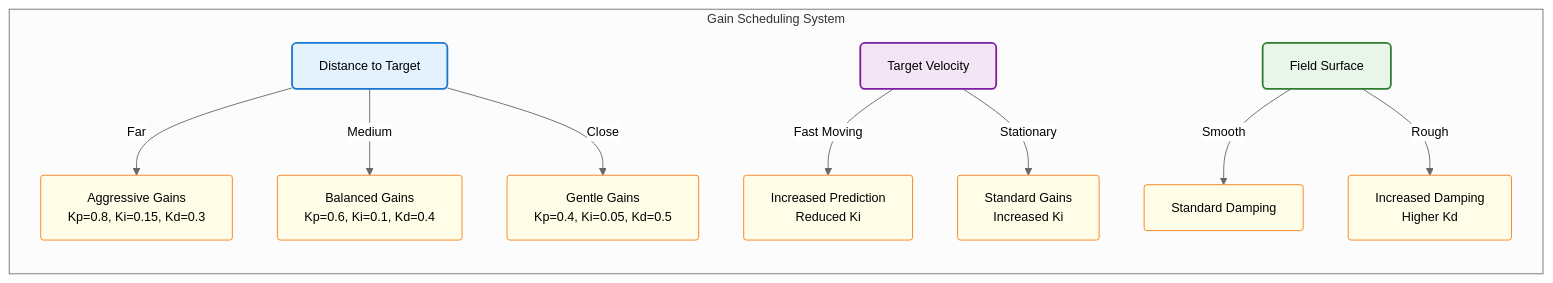
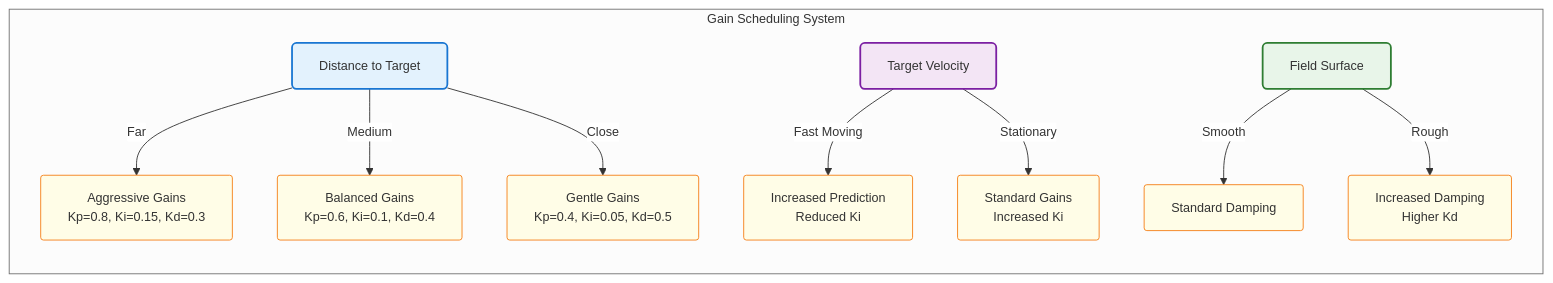
One commit to acoderu/BallChase changed the first of 19 diagrams in ros2_ball_chase_ws/docs/PidController.md. Above: the diagram before and after it, drawn with Mermaid. The commit also changed other lines of this file and 3 other files, not shown here.

````diff
--- a/ros2_ball_chase_ws/docs/PidController.md
+++ b/ros2_ball_chase_ws/docs/PidController.md
@@ -268,26 +268,26 @@
 ```mermaid
-%%{init: {"theme": "neutral", "themeVariables": {"fontSize": "14px", "primaryColor": "#3f51b5", "primaryTextColor": "#ffffff", "primaryBorderColor": "#3f51b5", "secondaryColor": "#009688", "secondaryTextColor": "#ffffff", "secondaryBorderColor": "#009688", "tertiaryColor": "#f8f9fa"}}}%%
+%%{init: {"theme": "neutral", "themeVariables": {"lineColor": "#333333", "textColor": "#333333", "labelTextColor": "#000000", "labelColor": "#000000", "fontSize": "14px", "primaryColor": "#3f51b5", "primaryTextColor": "#ffffff", "primaryBorderColor": "#3f51b5", "secondaryColor": "#009688", "secondaryTextColor": "#ffffff", "secondaryBorderColor": "#009688", "tertiaryColor": "#f8f9fa"}}}%%
 graph TD
     subgraph GainScheduling["Gain Scheduling System"]
         direction TB
-        Distance["Distance to Target"] --> |Far| Far["Aggressive Gains\nKp=0.8, Ki=0.15, Kd=0.3"]
-        Distance --> |Medium| Medium["Balanced Gains\nKp=0.6, Ki=0.1, Kd=0.4"]
-        Distance --> |Close| Close["Gentle Gains\nKp=0.4, Ki=0.05, Kd=0.5"]
+        Distance["Distance to Target"] --> |Far| Far["Aggressive Gains<br/>Kp=0.8, Ki=0.15, Kd=0.3"]
+        Distance --> |Medium| Medium["Balanced Gains<br/>Kp=0.6, Ki=0.1, Kd=0.4"]
+        Distance --> |Close| Close["Gentle Gains<br/>Kp=0.4, Ki=0.05, Kd=0.5"]
         
-        VelocityCheck["Target Velocity"] --> |Fast Moving| FastGains["Increased Prediction\nReduced Ki"]
-        VelocityCheck --> |Stationary| StaticGains["Standard Gains\nIncreased Ki"]
+        VelocityCheck["Target Velocity"] --> |Fast Moving| FastGains["Increased Prediction<br/>Reduced Ki"]
+        VelocityCheck --> |Stationary| StaticGains["Standard Gains<br/>Increased Ki"]
         
         Surface["Field Surface"] --> |Smooth| SmoothGains["Standard Damping"]
-        Surface --> |Rough| RoughGains["Increased Damping\nHigher Kd"]
+        Surface --> |Rough| RoughGains["Increased Damping<br/>Higher Kd"]
     end
     
     classDef distanceNode fill:#e3f2fd,stroke:#1976d2,stroke-width:2px,rx:5,ry:5
     classDef velocityNode fill:#f3e5f5,stroke:#7b1fa2,stroke-width:2px,rx:5,ry:5
     classDef surfaceNode fill:#e8f5e9,stroke:#2e7d32,stroke-width:2px,rx:5,ry:5
     classDef gainNode fill:#fffde7,stroke:#f57f17,stroke-width:1px,rx:3,ry:3
     
     class Distance,Medium,Far,Close distanceNode
     class VelocityCheck,FastGains,StaticGains velocityNode
     class Surface,SmoothGains,RoughGains surfaceNode
     class Far,Medium,Close,FastGains,StaticGains,SmoothGains,RoughGains gainNode
 ```
````
